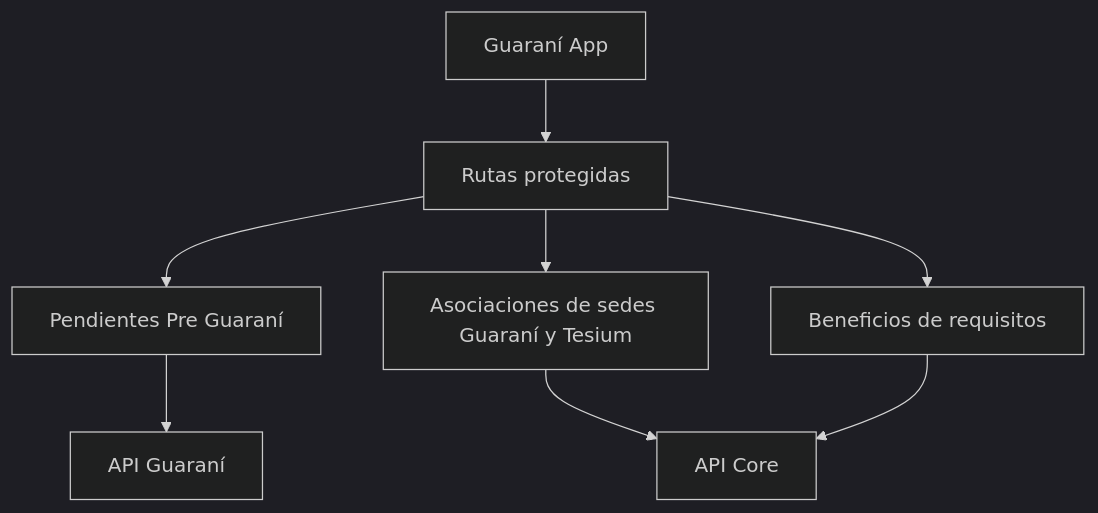
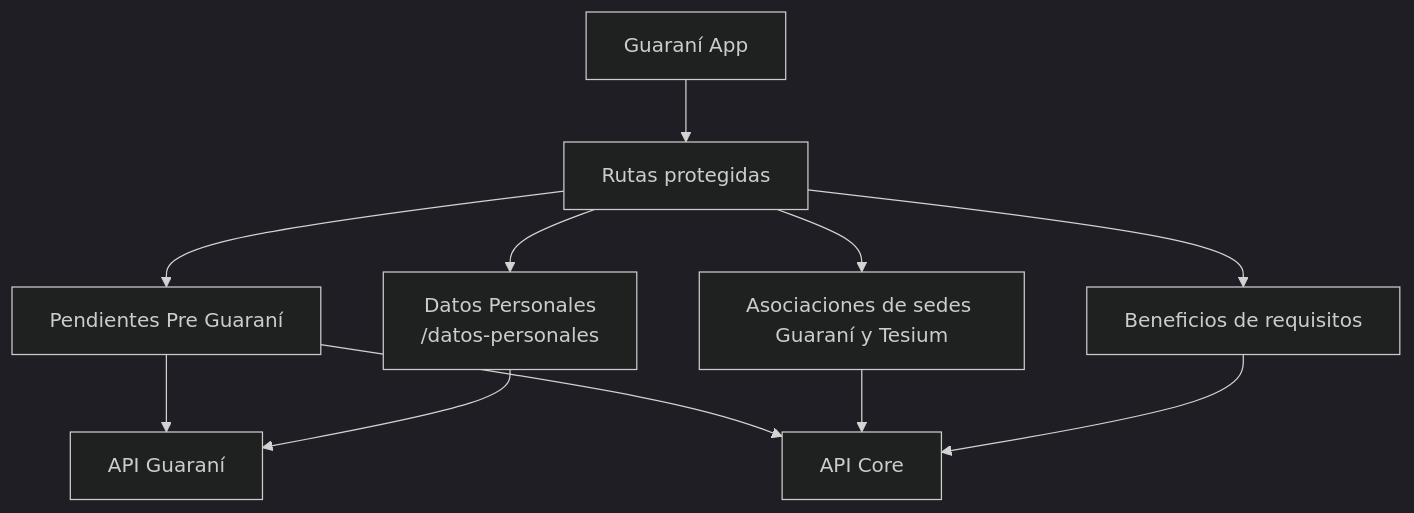
The seventh of 8 diagrams in docs/architecture.md (UM-services/UM.tesoreria.frontend-client), drawn with Mermaid (dark theme) before and after one commit. The commit also changed other lines of this file and 12 other files, not shown here.

````diff
--- a/docs/architecture.md
+++ b/docs/architecture.md
@@ -174,11 +174,14 @@
 ```mermaid
 flowchart TD
     GuaraniApp["Guaraní App"] --> AppRoutes["Rutas protegidas"]
     AppRoutes --> Pendientes["Pendientes Pre Guaraní"]
     AppRoutes --> Ubicaciones["Asociaciones de sedes Guaraní y Tesium"]
     AppRoutes --> Beneficios["Beneficios de requisitos"]
+    AppRoutes --> Datos["Datos Personales<br/>/datos-personales"]
 
     Pendientes --> GuaraniAPI["API Guaraní"]
+    Pendientes --> CoreAPI
     Ubicaciones --> CoreAPI["API Core"]
     Beneficios --> CoreAPI
+    Datos --> GuaraniAPI
 ```
````
